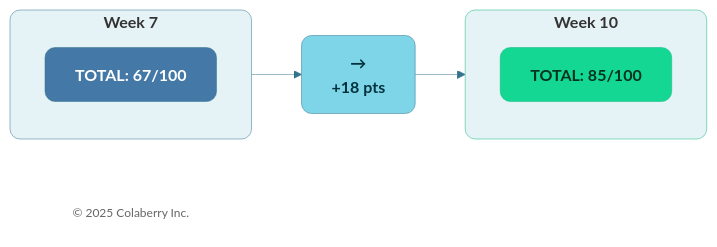
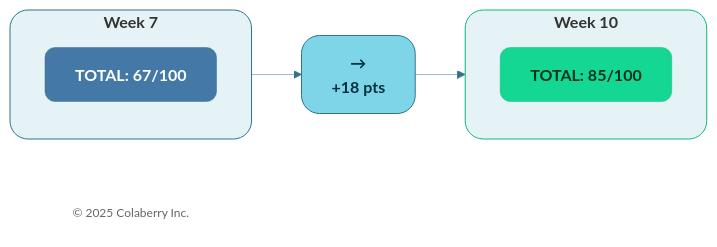
One commit to saitejesh-cyber/trust-before-intelligence-book changed diagram 12 of 14 in manuscript/07_chapter_6_transparency_orchestration_layers.md. Above: the diagram before and after it, drawn with Mermaid (forest theme). The commit also changed other lines of this file and 12 other files, not shown here.

````diff
--- a/manuscript/07_chapter_6_transparency_orchestration_layers.md
+++ b/manuscript/07_chapter_6_transparency_orchestration_layers.md
@@ -1177,37 +1181,37 @@
 ```mermaid
 graph LR
-    classDef intermediateGraph fill:#E6F3F6,stroke:#32738C,stroke-width:0.5px,rx:10,ry:10;
+    classDef intermediateGraph fill:#E6F3F6,stroke:#32738C,stroke-width:1px,rx:18,ry:18;
     classDef intermediateNode fill:#4478A6,stroke:#32738C,stroke-width:0.5px,color:#ffffff,rx:10,ry:10;
-    classDef neutralNode fill:#7FD5E8,stroke:#32738C,stroke-width:0.5px,color:#00323D,rx:10,ry:10;
-    classDef successGraph fill:#E6F3F6,stroke:#0FB67D,stroke-width:0.5px,rx:10,ry:10;
+    classDef neutralNode fill:#7FD5E8,stroke:#32738C,stroke-width:1px,color:#00323D,rx:18,ry:18;
+    classDef successGraph fill:#E6F3F6,stroke:#0FB67D,stroke-width:1px,rx:18,ry:18;
     classDef successNode fill:#14D793,stroke:#0FB67D,stroke-width:0.5px,color:#003322,rx:10,ry:10;
     classDef meta fill:none,stroke:none,color:#666666,font-size:12px;
 
     subgraph W7_SUB["<b>Week 7</b>"]
         direction TB
         W7["<b>TOTAL: 67/100</b>"]
     end
     
     Arrow["<b>→</b><br/><b>+18 pts</b>"]
     
     subgraph W10_SUB["<b>Week 10</b>"]
         direction TB
         W10["<b>TOTAL: 85/100</b>"]
     end
     
     Copyright["© 2025 Colaberry Inc."]
     
     W7 --> Arrow --> W10
     
     class W7_SUB intermediateGraph
     class W7 intermediateNode
     
     class Arrow neutralNode
     
     class W10_SUB successGraph
     class W10 successNode
     
     class Copyright meta
 
     linkStyle default stroke:#32738C,stroke-width:0.5px;
 ```
````
